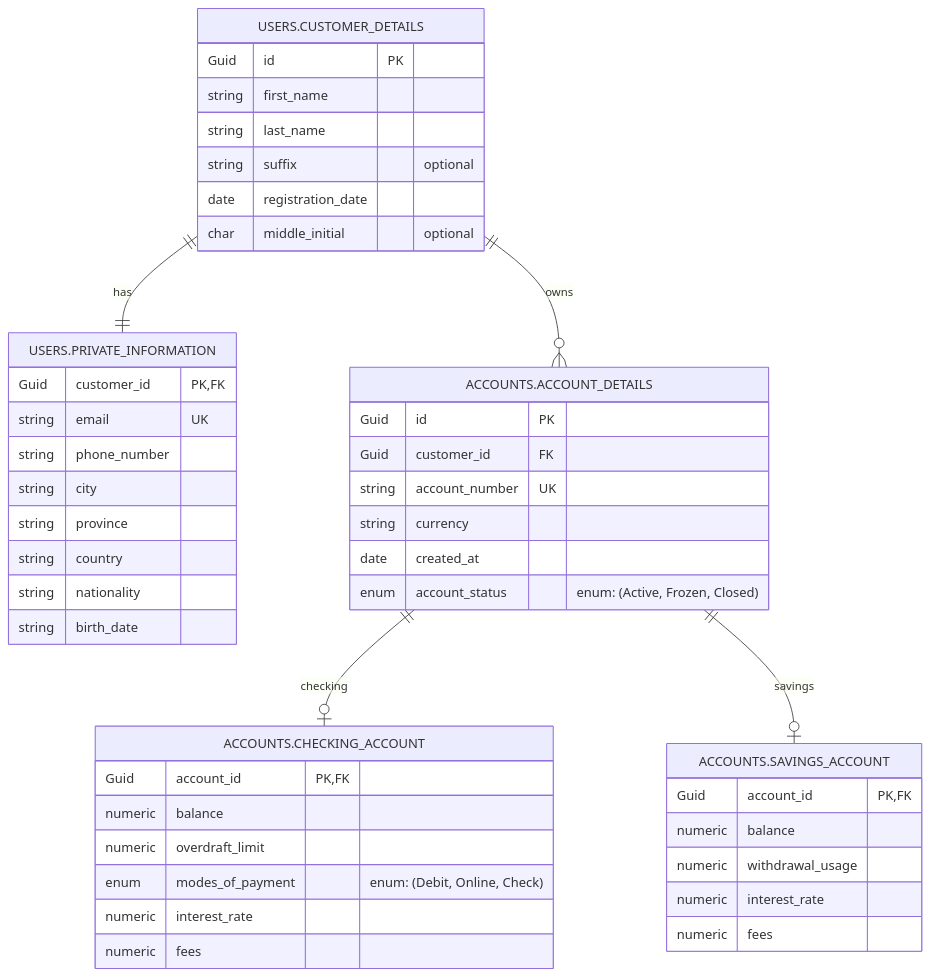
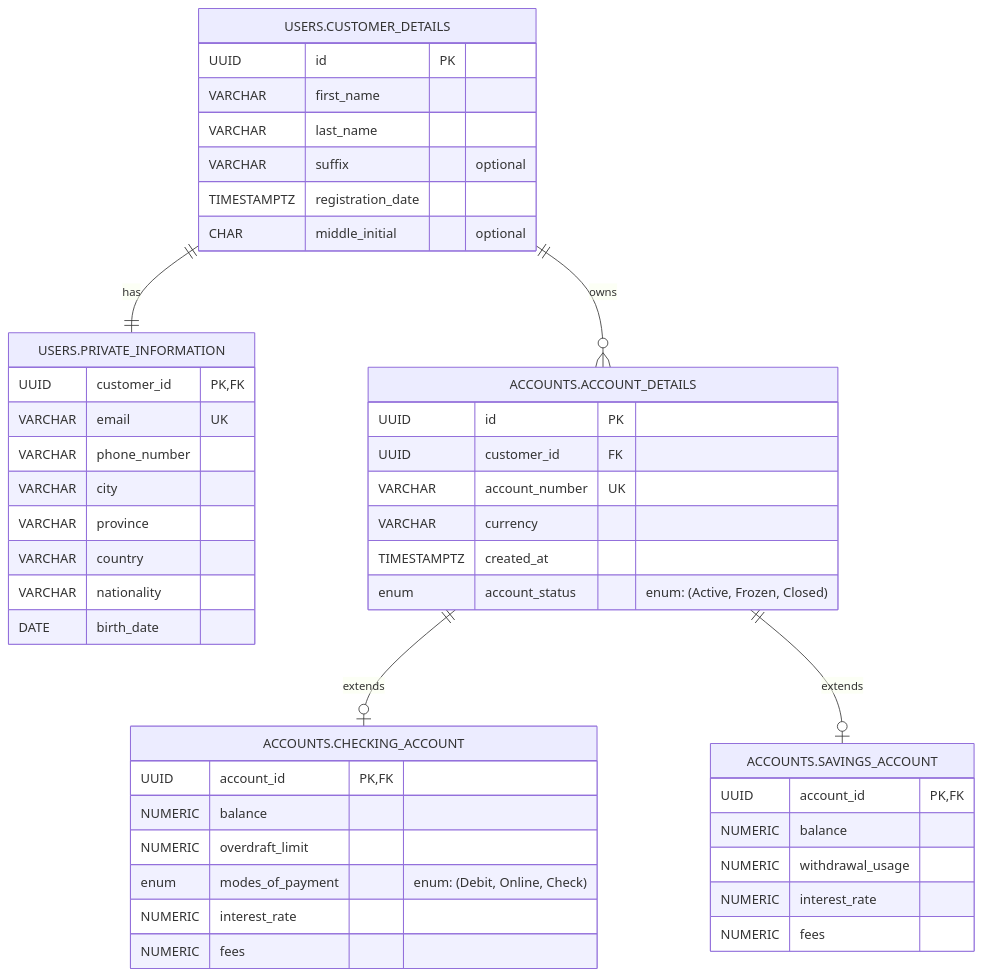
One commit to Jherson-Aguto/BankingSystem changed the diagram in docs/ERD/Customer.md. Above: the diagram before and after it, drawn with Mermaid. The commit also changed other lines of this file, not shown here.

Commit message:
Updated ERD

````diff
--- a/docs/ERD/Customer.md
+++ b/docs/ERD/Customer.md
@@ -3,54 +10,54 @@
 ```mermaid
 erDiagram
     USERS.CUSTOMER_DETAILS ||--|| USERS.PRIVATE_INFORMATION : has
     USERS.CUSTOMER_DETAILS ||--o{ ACCOUNTS.ACCOUNT_DETAILS : owns
-    ACCOUNTS.ACCOUNT_DETAILS ||--o| ACCOUNTS.CHECKING_ACCOUNT : checking
-    ACCOUNTS.ACCOUNT_DETAILS ||--o| ACCOUNTS.SAVINGS_ACCOUNT : savings
+    ACCOUNTS.ACCOUNT_DETAILS ||--o| ACCOUNTS.CHECKING_ACCOUNT : extends
+    ACCOUNTS.ACCOUNT_DETAILS ||--o| ACCOUNTS.SAVINGS_ACCOUNT : extends
     
     USERS.CUSTOMER_DETAILS {
-        Guid id PK
-        string first_name
-        string last_name
-        string suffix "optional"
-        date registration_date
-        char middle_initial "optional"
+        UUID id PK
+        VARCHAR first_name
+        VARCHAR last_name
+        VARCHAR suffix "optional"
+        TIMESTAMPTZ registration_date
+        CHAR middle_initial "optional"
     }
     
     USERS.PRIVATE_INFORMATION {
-        Guid customer_id PK,FK
-        string email UK
-        string phone_number
-        string city
-        string province
-        string country
-        string nationality
-        string birth_date
+        UUID customer_id PK,FK
+        VARCHAR email UK
+        VARCHAR phone_number
+        VARCHAR city
+        VARCHAR province
+        VARCHAR country
+        VARCHAR nationality
+        DATE birth_date
     }
 
     ACCOUNTS.ACCOUNT_DETAILS{
-        Guid id PK
-        Guid customer_id FK
-        string account_number UK
-        string currency
-        date created_at
+        UUID id PK
+        UUID customer_id FK
+        VARCHAR account_number UK
+        VARCHAR currency
+        TIMESTAMPTZ created_at
         enum account_status "enum: (Active, Frozen, Closed)"
     }
 
     ACCOUNTS.CHECKING_ACCOUNT{
-        Guid account_id PK,FK
-        numeric balance
-        numeric overdraft_limit
+        UUID account_id PK,FK
+        NUMERIC balance
+        NUMERIC overdraft_limit
         enum modes_of_payment "enum: (Debit, Online, Check)"
-        numeric interest_rate
-        numeric fees
+        NUMERIC interest_rate
+        NUMERIC fees
     }
 
     ACCOUNTS.SAVINGS_ACCOUNT{
-        Guid account_id PK,FK
-        numeric balance
-        numeric withdrawal_usage
-        numeric interest_rate
-        numeric fees
+        UUID account_id PK,FK
+        NUMERIC balance
+        NUMERIC withdrawal_usage
+        NUMERIC interest_rate
+        NUMERIC fees
     }
 
 ```
````
